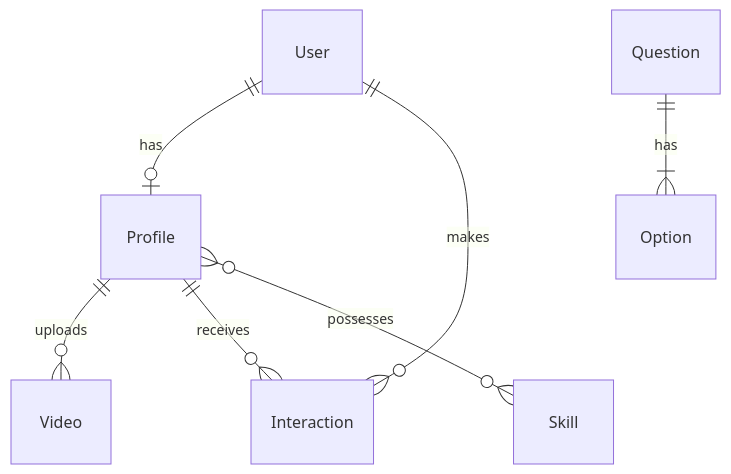
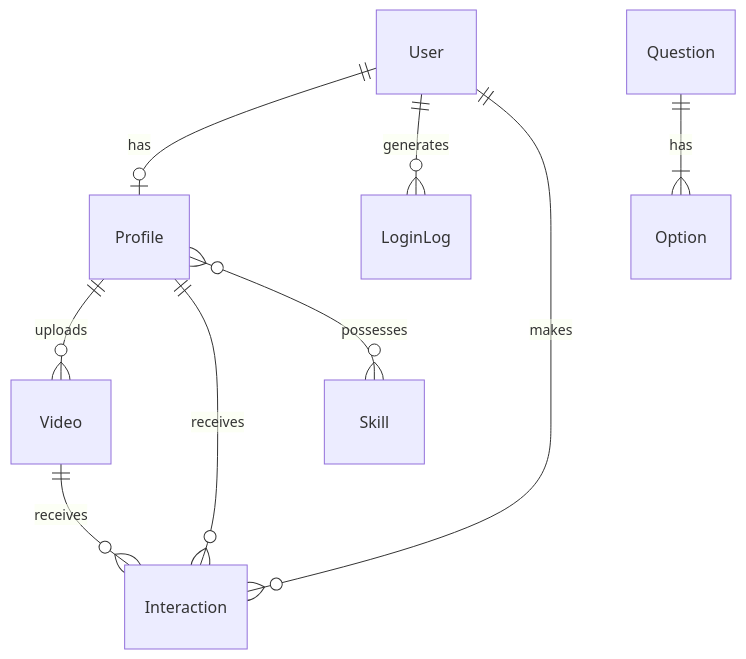
Before and after one commit to Nexlein/Survivor-ProfilsActifs: the diagram in docs/architecture.md, drawn with Mermaid. The commit also changed other lines of this file and 2 other files, not shown here.

````diff
--- a/docs/architecture.md
+++ b/docs/architecture.md
@@ -19,9 +16,11 @@
 ```mermaid
 erDiagram
     User ||--o| Profile : has
+    User ||--o{ LoginLog : generates
     Profile ||--o{ Video : uploads
     User ||--o{ Interaction : makes
     Profile ||--o{ Interaction : receives
+    Video ||--o{ Interaction : receives
     Profile }o--o{ Skill : possesses
     Question ||--|{ Option : has
 ```
````
